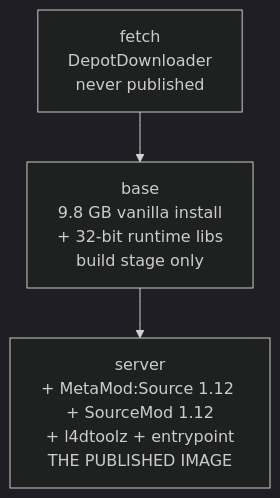
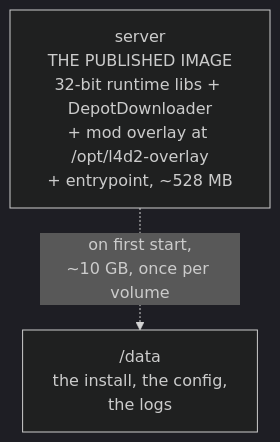
One commit to Delnegend/l4d2-linux-server changed the diagram in docs/architecture.md. Above: the diagram before and after it, drawn with Mermaid (dark theme). The commit also changed other lines of this file and 12 other files, not shown here.

````diff
--- a/docs/architecture.md
+++ b/docs/architecture.md
@@ -9,6 +11,5 @@
 ```mermaid
 graph TD
-    fetch["fetch<br/>DepotDownloader<br/>never published"] --> base
-    base["base<br/>9.8 GB vanilla install<br/>+ 32-bit runtime libs<br/>build stage only"] --> server
-    server["server<br/>+ MetaMod:Source 1.12 + SourceMod 1.12<br/>+ l4dtoolz + entrypoint<br/>THE PUBLISHED IMAGE"]
+    server["server<br/>THE PUBLISHED IMAGE<br/>32-bit runtime libs + DepotDownloader<br/>+ mod overlay at /opt/l4d2-overlay<br/>+ entrypoint, ~528 MB"]
+    server -. "on first start,<br/>~10 GB, once per volume" .-> volume["/data<br/>the install, the config,<br/>the logs"]
 ```
````
